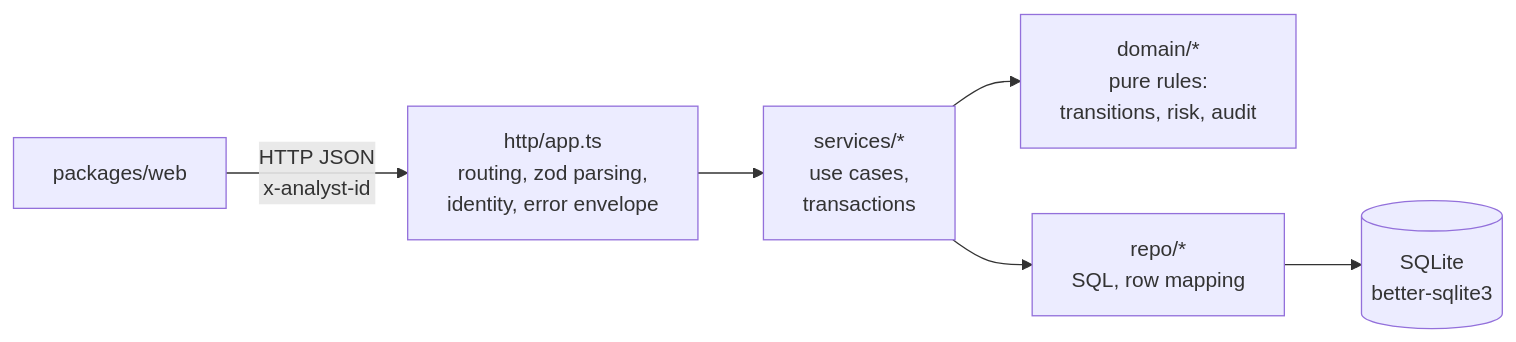
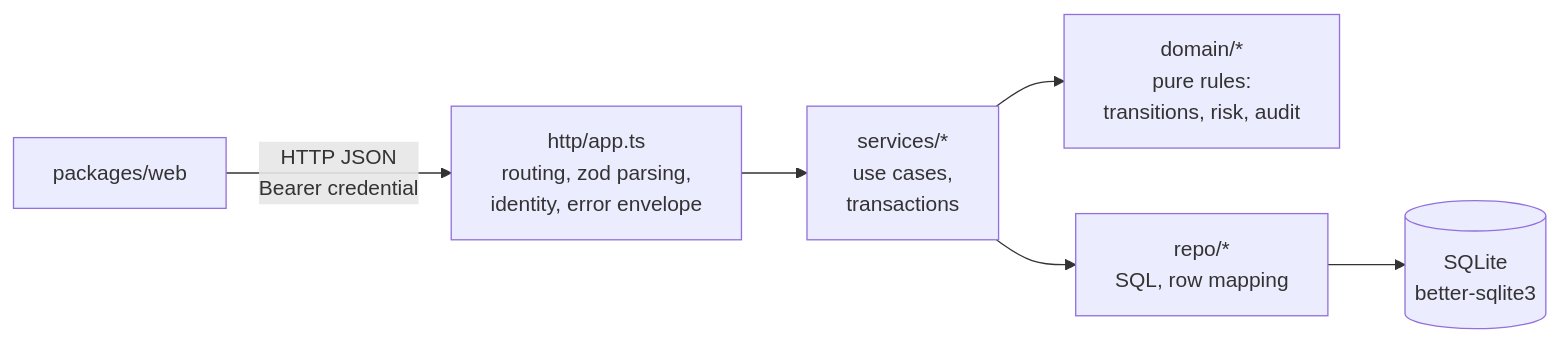
Before and after one commit to andreobueno/fde-demo: the diagram in docs/ARCHITECTURE.md, drawn with Mermaid. The commit also changed other lines of this file and 7 other files, not shown here.

````diff
--- a/docs/ARCHITECTURE.md
+++ b/docs/ARCHITECTURE.md
@@ -7,8 +7,8 @@
 ```mermaid
 flowchart LR
-    UI[packages/web] -->|HTTP JSON<br/>x-analyst-id| HTTP[http/app.ts<br/>routing, zod parsing,<br/>identity, error envelope]
+    UI[packages/web] -->|HTTP JSON<br/>Bearer credential| HTTP[http/app.ts<br/>routing, zod parsing,<br/>identity, error envelope]
     HTTP --> SVC[services/*<br/>use cases,<br/>transactions]
     SVC --> DOM[domain/*<br/>pure rules:<br/>transitions, risk, audit]
     SVC --> REPO[repo/*<br/>SQL, row mapping]
     REPO --> DB[(SQLite<br/>better-sqlite3)]
 ```
````
